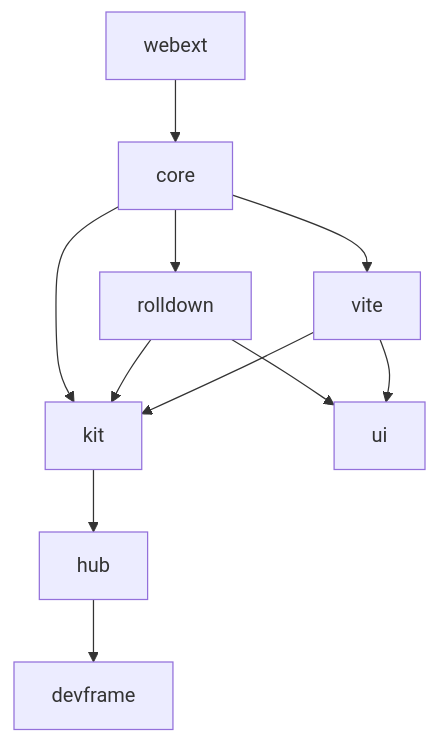
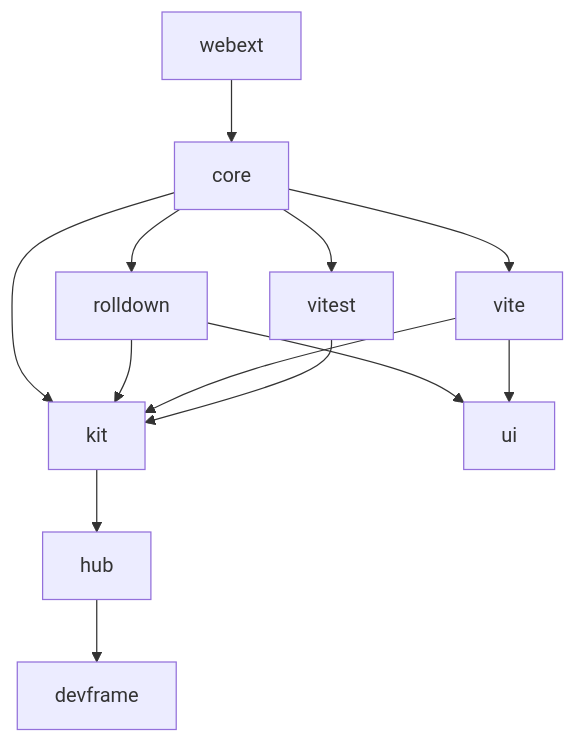
One commit to SaKaNa-Y/devtools changed the diagram in AGENTS.md. Above: the diagram before and after it, drawn with Mermaid. The commit also changed other lines of this file and 29 other files, not shown here.

Commit message:
feat(vitest): add Vitest UI launcher in the Vite+ group; mount Vite & Vitest as builtins (#407)

````diff
--- a/AGENTS.md
+++ b/AGENTS.md
@@ -34,10 +35,11 @@
 ```mermaid
 flowchart TD
   hub --> devframe
   kit --> hub
   core --> kit
-  core --> rolldown & vite
+  core --> rolldown & vite & vitest
   rolldown --> kit & ui
   vite --> kit & ui
+  vitest --> kit
   webext --> core
 ```
````
